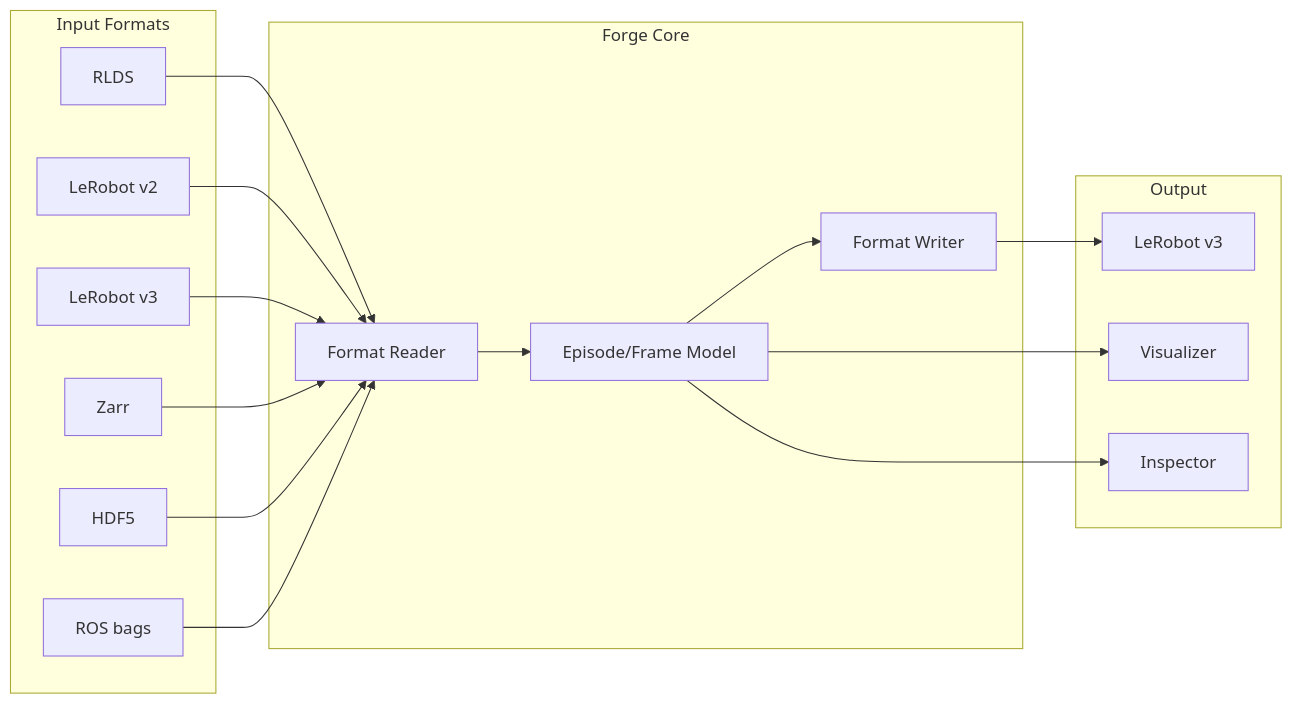
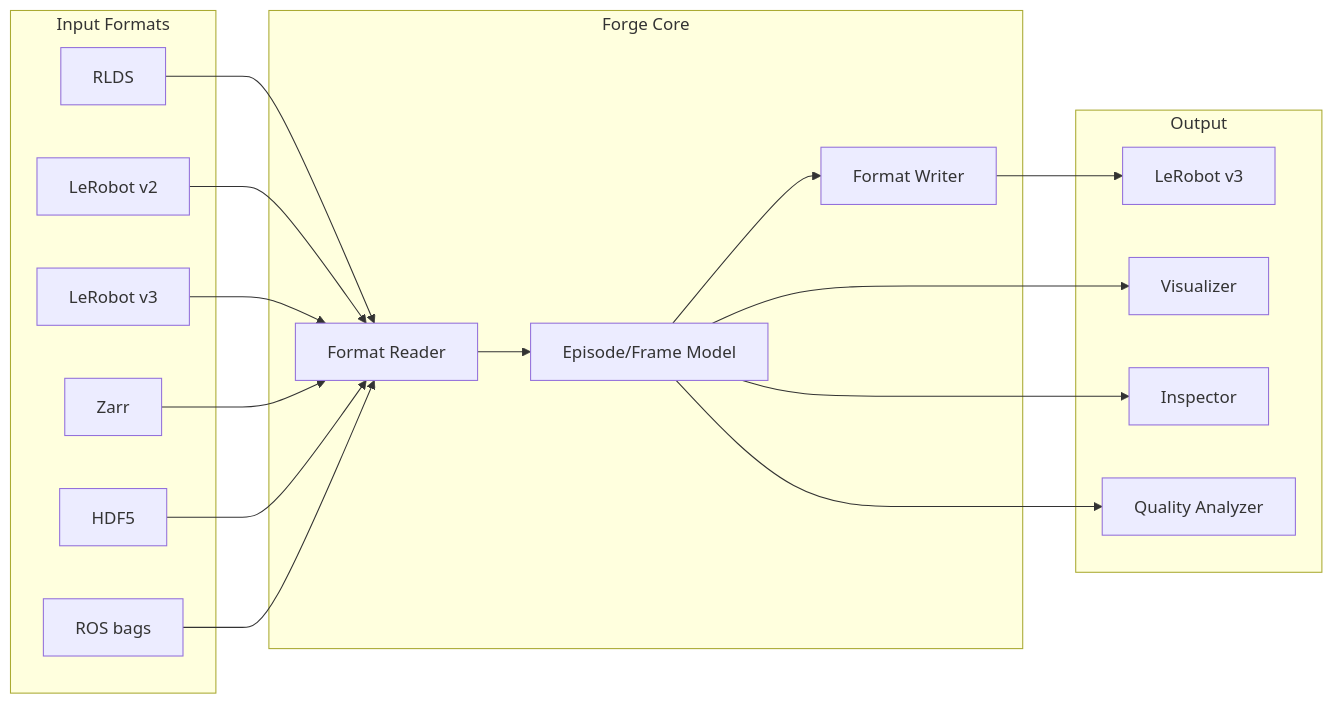
One commit to jony-llamado/convert_data changed the first of 5 diagrams in docs/architecture.md. Above: the diagram before and after it, drawn with Mermaid. The commit also changed other lines of this file and 10 other files, not shown here.

````diff
--- a/docs/architecture.md
+++ b/docs/architecture.md
@@ -9,37 +9,39 @@
 ```mermaid
 flowchart LR
     subgraph Input Formats
         RLDS[RLDS]
         LR2[LeRobot v2]
         LR3[LeRobot v3]
         Zarr[Zarr]
         HDF5[HDF5]
         ROS[ROS bags]
     end
 
     subgraph Forge Core
         Reader[Format Reader]
         Episode[Episode/Frame Model]
         Writer[Format Writer]
     end
 
     subgraph Output
         Out[LeRobot v3]
         Viz[Visualizer]
         Inspect[Inspector]
+        Quality[Quality Analyzer]
     end
 
     RLDS --> Reader
     LR2 --> Reader
     LR3 --> Reader
     Zarr --> Reader
     HDF5 --> Reader
     ROS --> Reader
 
     Reader --> Episode
     Episode --> Writer
     Episode --> Viz
     Episode --> Inspect
+    Episode --> Quality
 
     Writer --> Out
 ```
````
